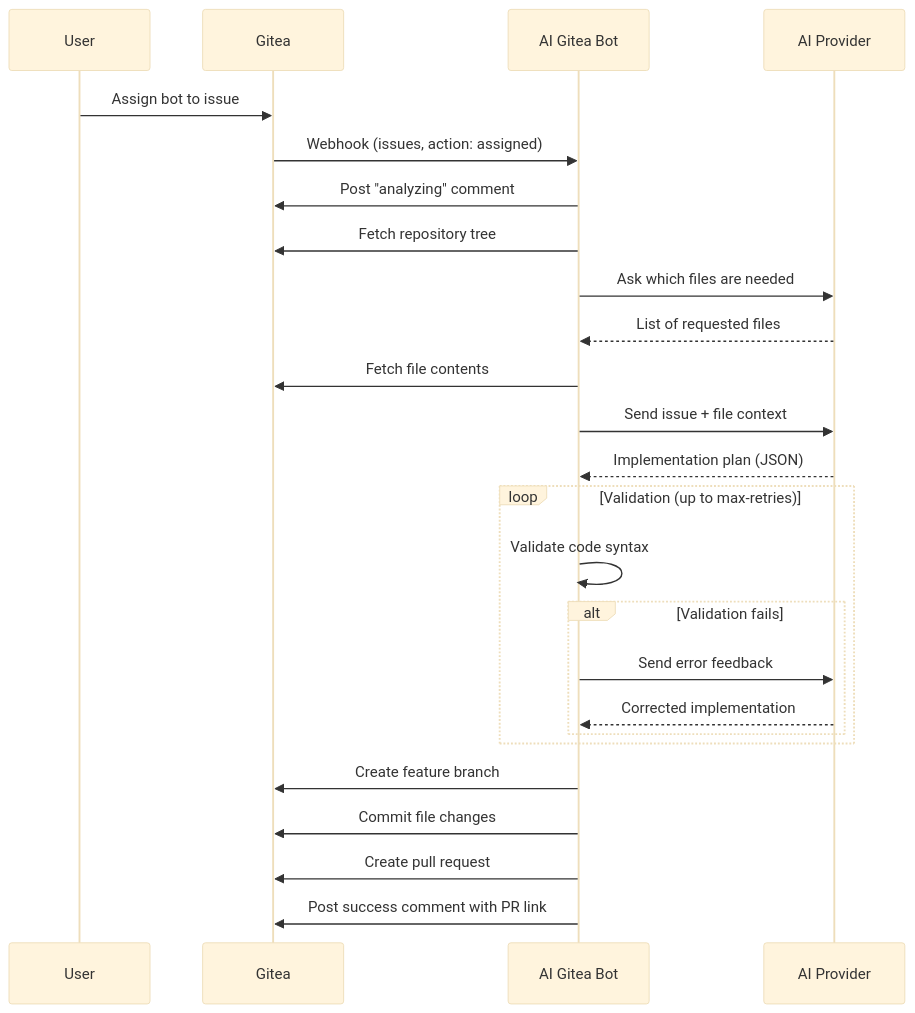
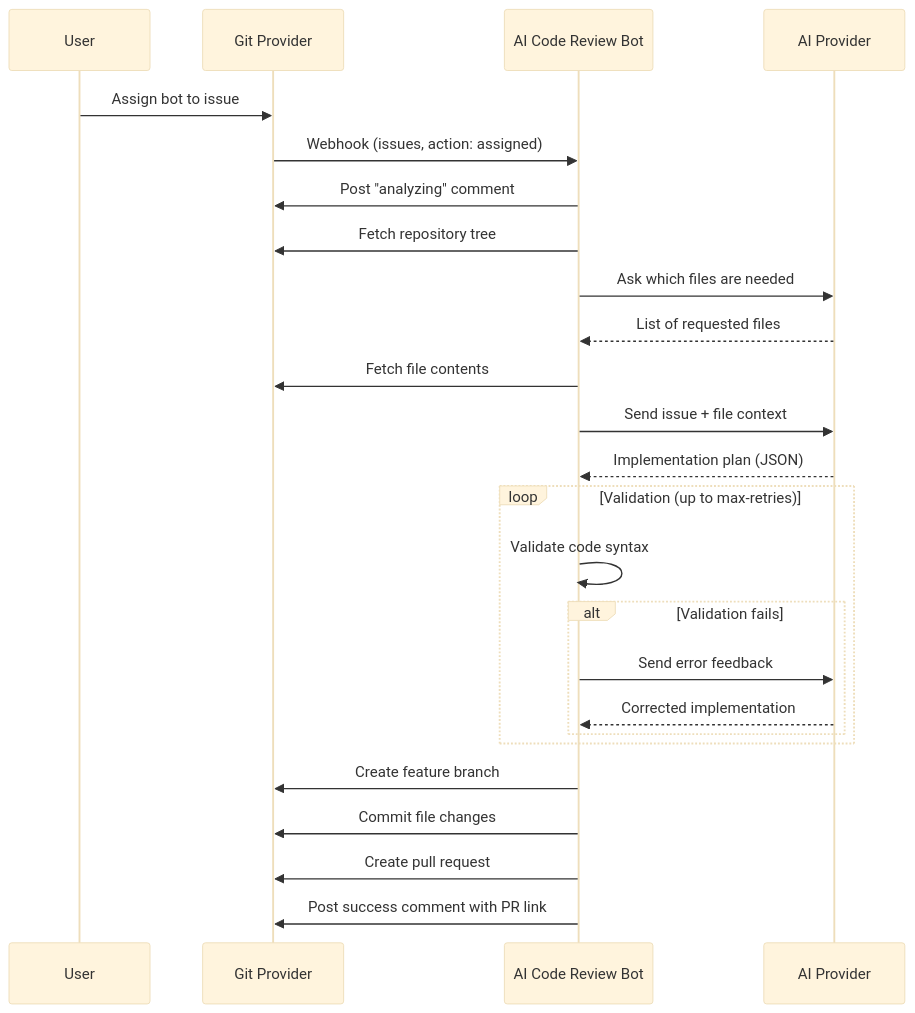
One commit to blazejp83/ai-git-bot changed the diagram in doc/AGENT.md. Above: the diagram before and after it, drawn with Mermaid (base theme). The commit also changed other lines of this file and 37 other files, not shown here.

Commit message:
:feature #26 completed github implementation + added documentation + refactored git-implementation structure

````diff
--- a/doc/AGENT.md
+++ b/doc/AGENT.md
@@ -7,30 +7,30 @@
 ```mermaid
 sequenceDiagram
     participant User
-    participant Gitea
-    participant Bot as AI Gitea Bot
+    participant Git as Git Provider
+    participant Bot as AI Code Review Bot
     participant AI as AI Provider
 
-    User->>Gitea: Assign bot to issue
-    Gitea->>Bot: Webhook (issues, action: assigned)
-    Bot->>Gitea: Post "analyzing" comment
-    Bot->>Gitea: Fetch repository tree
+    User->>Git: Assign bot to issue
+    Git->>Bot: Webhook (issues, action: assigned)
+    Bot->>Git: Post "analyzing" comment
+    Bot->>Git: Fetch repository tree
     Bot->>AI: Ask which files are needed
     AI-->>Bot: List of requested files
-    Bot->>Gitea: Fetch file contents
+    Bot->>Git: Fetch file contents
     Bot->>AI: Send issue + file context
     AI-->>Bot: Implementation plan (JSON)
     
     loop Validation (up to max-retries)
         Bot->>Bot: Validate code syntax
         alt Validation fails
             Bot->>AI: Send error feedback
             AI-->>Bot: Corrected implementation
         end
     end
     
-    Bot->>Gitea: Create feature branch
-    Bot->>Gitea: Commit file changes
-    Bot->>Gitea: Create pull request
-    Bot->>Gitea: Post success comment with PR link
+    Bot->>Git: Create feature branch
+    Bot->>Git: Commit file changes
+    Bot->>Git: Create pull request
+    Bot->>Git: Post success comment with PR link
 ```
````
